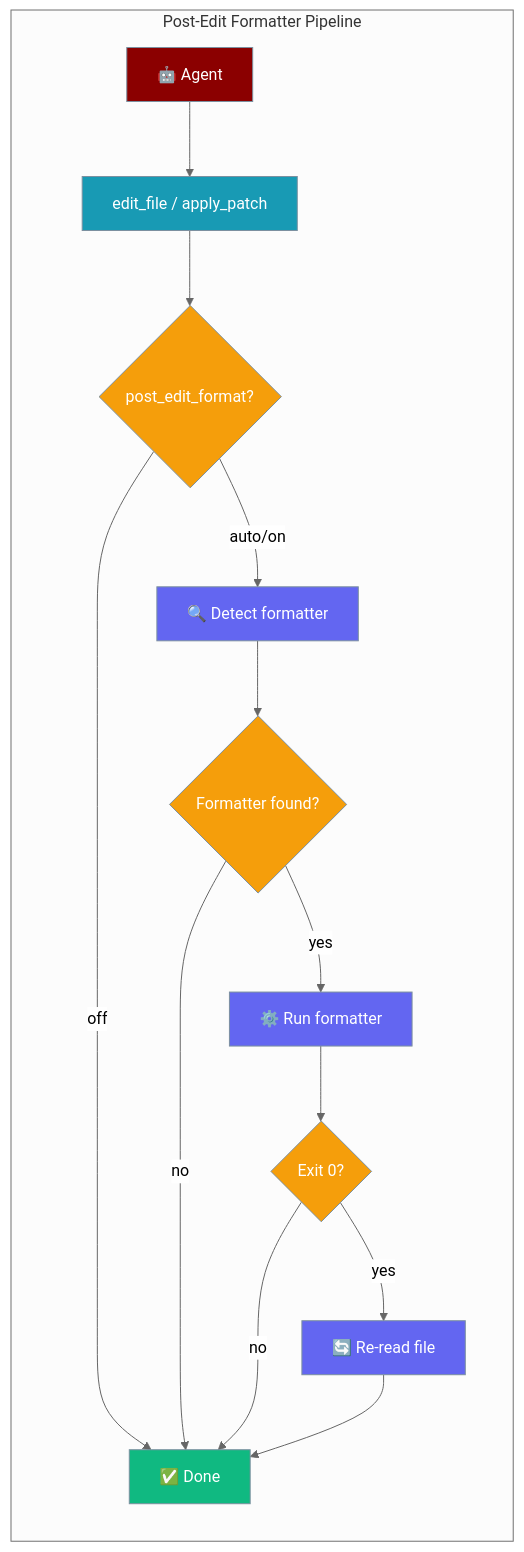
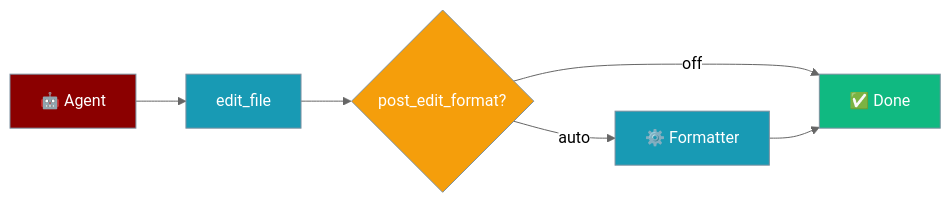
One commit to MervinPraison/PraisonAIDocs changed the diagram in docs/features/post-edit-formatter.mdx. Above: the diagram before and after it, drawn with Mermaid (neutral theme). The commit also changed other lines of this file and 4 other files, not shown here.

````diff
--- a/docs/features/post-edit-formatter.mdx
+++ b/docs/features/post-edit-formatter.mdx
@@ -10,28 +24,18 @@
 ```mermaid
 graph LR
-    subgraph "Post-Edit Formatter Pipeline"
-        A[🤖 Agent] --> B[edit_file / apply_patch]
-        B --> C{post_edit_format?}
-        C -->|off| D[✅ Done]
-        C -->|auto/on| E[🔍 Detect formatter]
-        E --> F{Formatter found?}
-        F -->|no| D
-        F -->|yes| G[⚙️ Run formatter]
-        G --> H{Exit 0?}
-        H -->|no| D
-        H -->|yes| I[🔄 Re-read file]
-        I --> D
-    end
+    A[🤖 Agent] --> B[edit_file]
+    B --> C{post_edit_format?}
+    C -->|off| D[✅ Done]
+    C -->|auto| E[⚙️ Formatter]
+    E --> D
 
     classDef agent fill:#8B0000,stroke:#7C90A0,color:#fff
     classDef tool fill:#189AB4,stroke:#7C90A0,color:#fff
     classDef decision fill:#F59E0B,stroke:#7C90A0,color:#fff
     classDef result fill:#10B981,stroke:#7C90A0,color:#fff
-    classDef process fill:#6366F1,stroke:#7C90A0,color:#fff
 
     class A agent
-    class B tool
-    class C,F,H decision
+    class B,E tool
+    class C decision
     class D result
-    class E,G,I process
 ```
````
